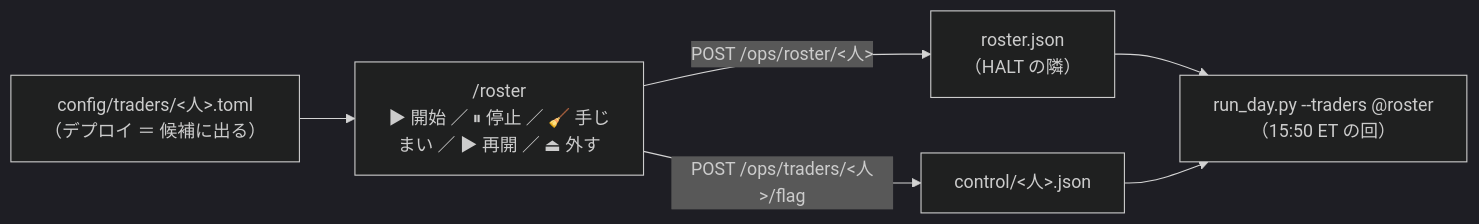
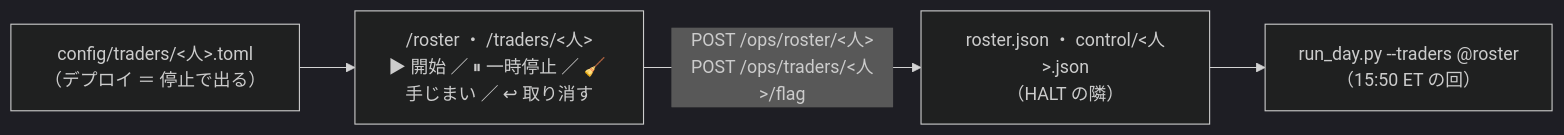
Diagram 14 of 25 in docs/specs/dashboard.md (akiraak/ai-income-lab), drawn with Mermaid (dark theme) before and after one commit. The commit also changed other lines of this file and 25 other files, not shown here.

````diff
--- a/docs/specs/dashboard.md
+++ b/docs/specs/dashboard.md
@@ -667,8 +691,6 @@
 ```mermaid
 flowchart LR
-  C["config/traders/&lt;人&gt;.toml<br/>（デプロイ ＝ 候補に出る）"] --> P["/roster<br/>▶ 開始 ／ ⏸ 停止 ／ 🧹 手じまい ／ ▶ 再開 ／ ⏏ 外す"]
-  P -->|"POST /ops/roster/&lt;人&gt;"| R["roster.json<br/>（HALT の隣）"]
-  P -->|"POST /ops/traders/&lt;人&gt;/flag"| F["control/&lt;人&gt;.json"]
+  C["config/traders/&lt;人&gt;.toml<br/>（デプロイ ＝ 停止で出る）"] --> P["/roster ・ /traders/&lt;人&gt;<br/>▶ 開始 ／ ⏸ 一時停止 ／ 🧹 手じまい ／ ↩ 取り消す"]
+  P -->|"POST /ops/roster/&lt;人&gt;<br/>POST /ops/traders/&lt;人&gt;/flag"| R["roster.json ・ control/&lt;人&gt;.json<br/>（HALT の隣）"]
   R --> E["run_day.py --traders @roster<br/>（15:50 ET の回）"]
-  F --> E
 ```
````
